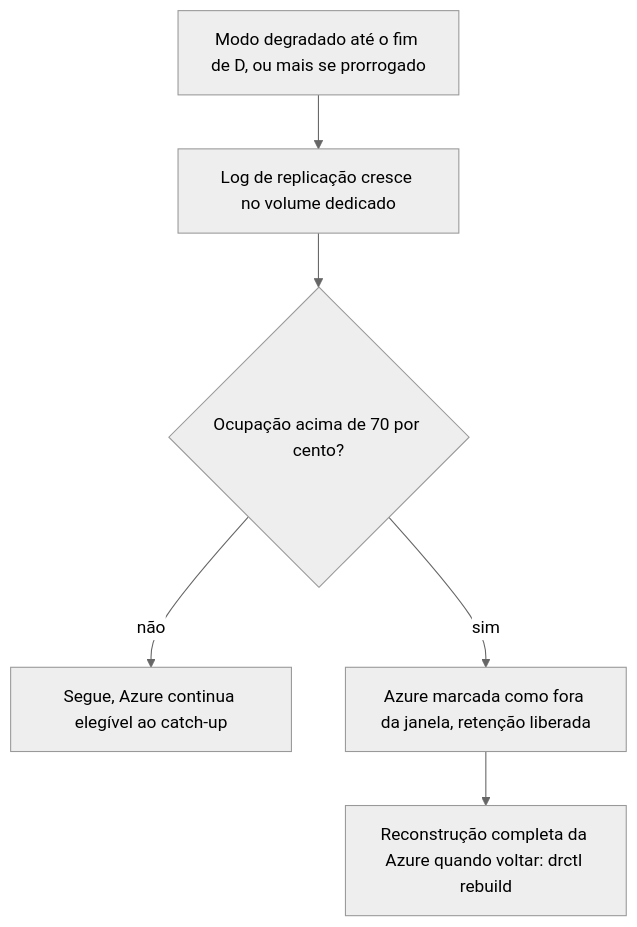
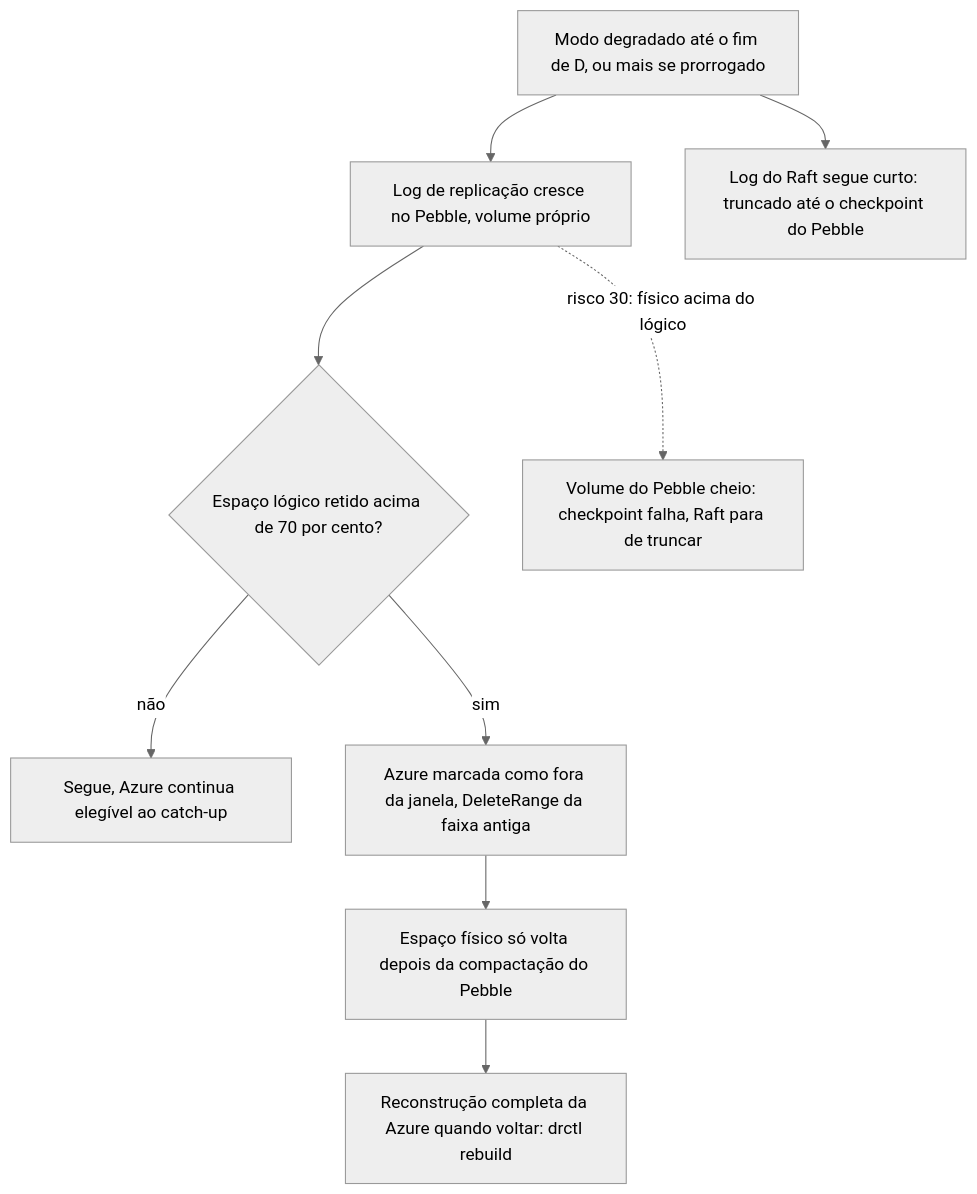
One commit to brbarmex/k changed the diagram in 02_cenarios/atualizados/C29-disco-do-log-em-degradacao-longa.md. Above: the diagram before and after it, drawn with Mermaid (neutral theme). The commit also changed other lines of this file and 29 other files, not shown here.

First line of the commit message:
Log de replicação em Pebble (ADR-055): derivado do Raft, sem fsync no ACK, volume separado

````diff
--- a/02_cenarios/atualizados/C29-disco-do-log-em-degradacao-longa.md
+++ b/02_cenarios/atualizados/C29-disco-do-log-em-degradacao-longa.md
@@ -17,8 +19,11 @@
 ```mermaid
 flowchart TD
-    A["Modo degradado até o fim de D, ou mais se prorrogado"] --> B["Log de replicação cresce no volume dedicado"]
-    B --> C{"Ocupação acima de 70 por cento?"}
+    A["Modo degradado até o fim de D, ou mais se prorrogado"] --> B["Log de replicação cresce no Pebble, volume próprio"]
+    A --> R["Log do Raft segue curto: truncado até o checkpoint do Pebble"]
+    B --> C{"Espaço lógico retido acima de 70 por cento?"}
     C -->|"não"| D["Segue, Azure continua elegível ao catch-up"]
-    C -->|"sim"| E["Azure marcada como fora da janela, retenção liberada"]
-    E --> F["Reconstrução completa da Azure quando voltar: drctl rebuild"]
+    C -->|"sim"| E["Azure marcada como fora da janela, DeleteRange da faixa antiga"]
+    E --> G["Espaço físico só volta depois da compactação do Pebble"]
+    G --> F["Reconstrução completa da Azure quando voltar: drctl rebuild"]
+    B -.->|"risco 30: físico acima do lógico"| H["Volume do Pebble cheio: checkpoint falha, Raft para de truncar"]
 ```
````
